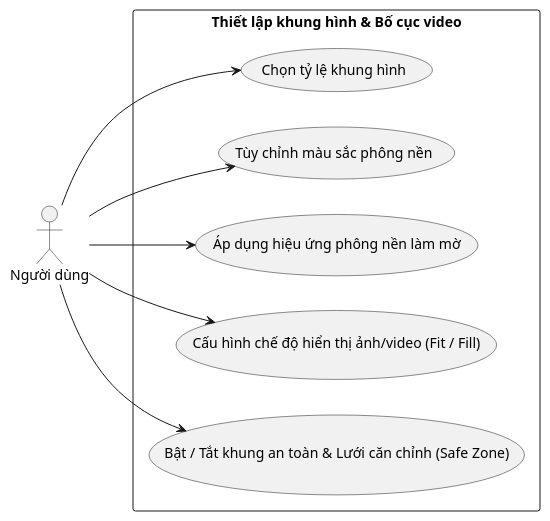
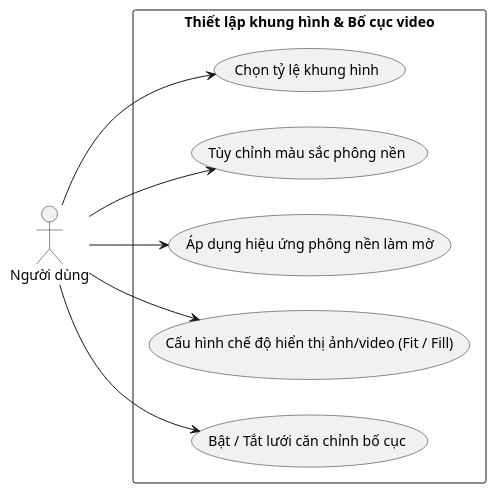
One commit to 202416852-anhpv/story2video-docs changed the diagram in docs/bieu-do-uc/bieu-do-uc-chi-tiet/make/dung-va-xuat-video/thiet-lap-khung-hinh-va-bo-cuc-video.puml. Above: the diagram before and after it, drawn with PlantUML. The commit also changed 3 other files, not shown here.

```diff
--- a/docs/bieu-do-uc/bieu-do-uc-chi-tiet/make/dung-va-xuat-video/thiet-lap-khung-hinh-va-bo-cuc-video.puml
+++ b/docs/bieu-do-uc/bieu-do-uc-chi-tiet/make/dung-va-xuat-video/thiet-lap-khung-hinh-va-bo-cuc-video.puml
@@ -1,20 +1,20 @@
 @startuml thiet-lap-khung-hinh-va-bo-cuc-video
 left to right direction
 
 actor "Người dùng" as User
 
 rectangle "Thiết lập khung hình & Bố cục video" {
     usecase "Chọn tỷ lệ khung hình" as UC_01
     usecase "Tùy chỉnh màu sắc phông nền" as UC_02
     usecase "Áp dụng hiệu ứng phông nền làm mờ" as UC_03
     usecase "Cấu hình chế độ hiển thị ảnh/video (Fit / Fill)" as UC_04
-    usecase "Bật / Tắt khung an toàn & Lưới căn chỉnh (Safe Zone)" as UC_05
+    usecase "Bật / Tắt lưới căn chỉnh bố cục" as UC_05
 }
 
 User --> UC_01
 User --> UC_02
 User --> UC_03
 User --> UC_04
 User --> UC_05
 
 @enduml
```
